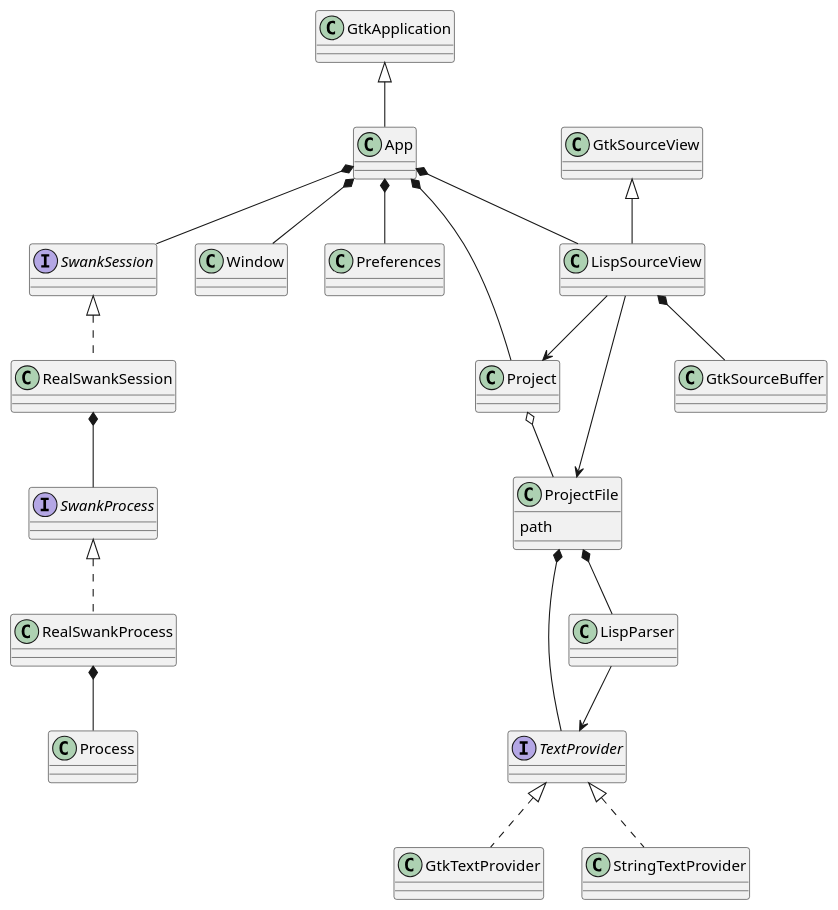
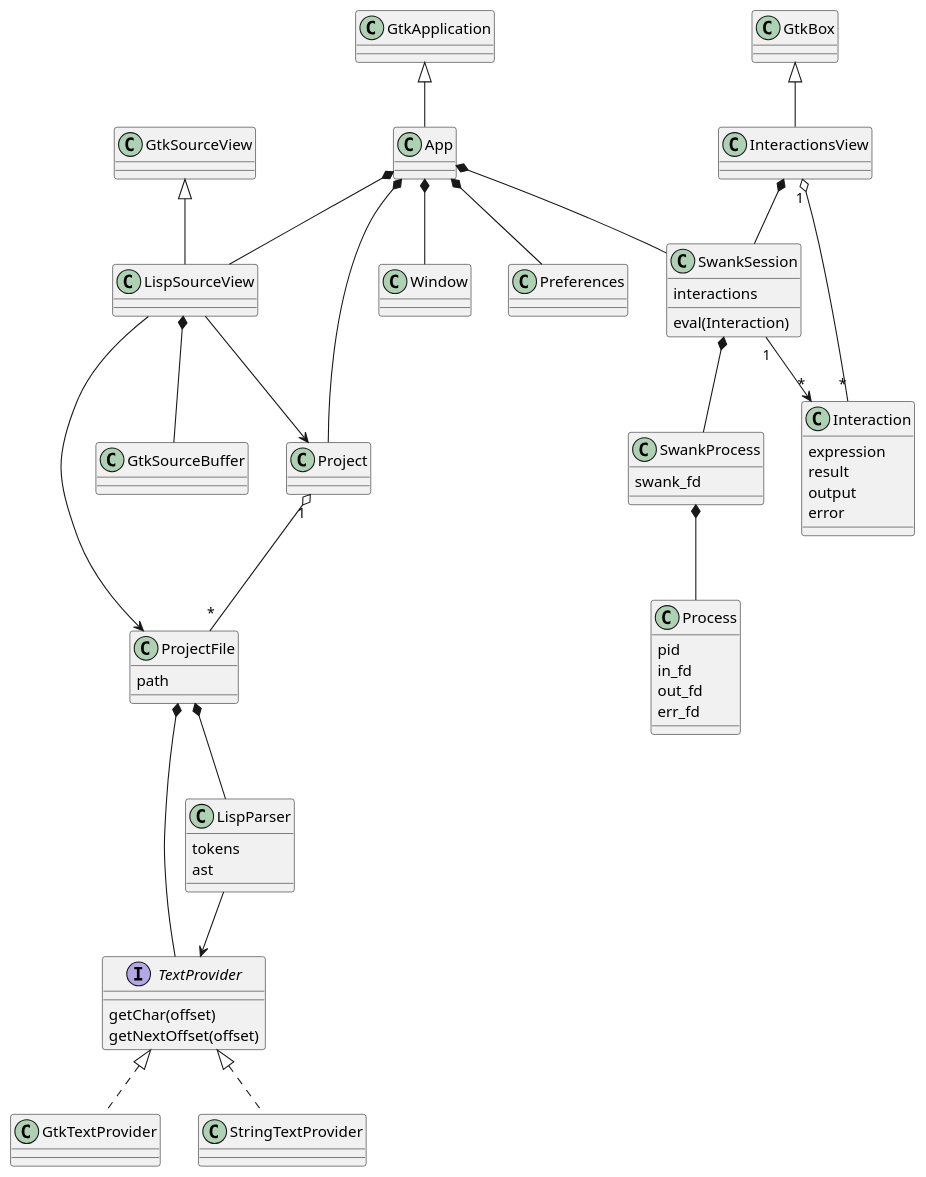
Before and after one commit to JeromeA/glide: the diagram in doc/classes.plantuml, drawn with PlantUML.

Commit message:
Improve UML.

```diff
--- a/doc/classes.plantuml
+++ b/doc/classes.plantuml
@@ -1,34 +1,49 @@
 @startuml
 
 GtkApplication <|-- App
 App *-- Project
 App *-- SwankSession
 App *-- Window
 App *-- LispSourceView
 App *-- Preferences
-ProjectFile : path
 
 GtkSourceView <|-- LispSourceView
 LispSourceView *-- GtkSourceBuffer
 LispSourceView --> Project
 LispSourceView --> ProjectFile
 
-Project o-- ProjectFile
+Project "1" o-- "*" ProjectFile
 
 ProjectFile *-- LispParser
 ProjectFile *-- TextProvider
+ProjectFile : path
 
-interface SwankSession
-SwankSession <|.. RealSwankSession
-RealSwankSession *-- SwankProcess
+GtkBox <|-- InteractionsView
+InteractionsView "1" o-- "*" Interaction
+InteractionsView *-- SwankSession
+Interaction : expression
+Interaction : result
+Interaction : output
+Interaction : error
+SwankSession : eval(Interaction)
+SwankSession : interactions
+SwankSession "1" --> "*" Interaction
+SwankSession *-- SwankProcess
+SwankProcess *-- Process
+SwankProcess : swank_fd
 
-interface SwankProcess
-SwankProcess <|.. RealSwankProcess
-RealSwankProcess *-- Process
+Process : pid
+Process : in_fd
+Process : out_fd
+Process : err_fd
 
+LispParser : tokens
+LispParser : ast
 LispParser --> TextProvider
 interface TextProvider
 TextProvider <|.. GtkTextProvider
 TextProvider <|.. StringTextProvider
+TextProvider : getChar(offset)
+TextProvider : getNextOffset(offset)
 
 @enduml
```
